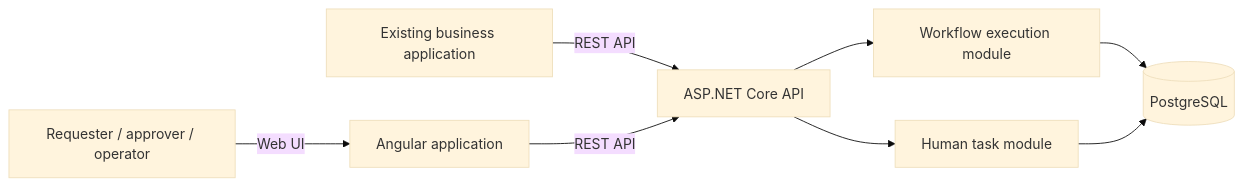
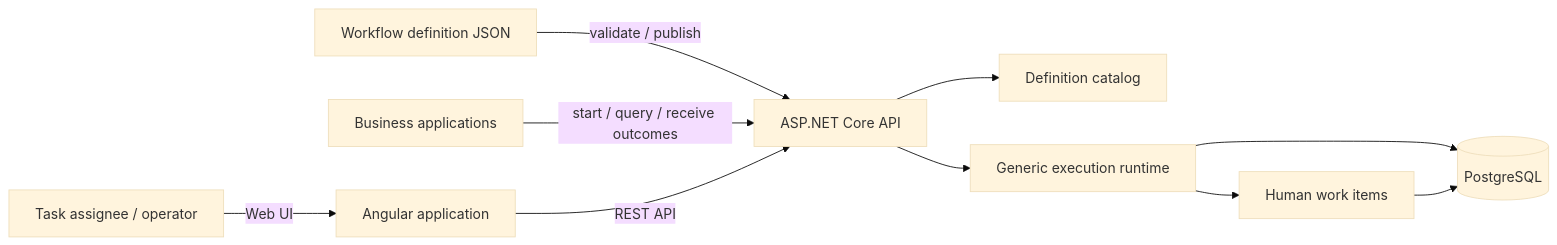
The diagram in docs/architecture/overview.md (mehrdadbahrainy/business-workflow-engine), drawn with Mermaid (base theme) before and after one commit. The commit also changed other lines of this file and 7 other files, not shown here.

Commit message:
docs(product): refocus MVP on generic workflow runtime

````diff
--- a/docs/architecture/overview.md
+++ b/docs/architecture/overview.md
@@ -11,10 +11,12 @@
 ```mermaid
 flowchart LR
-    Host[Existing business application] -->|REST API| Api[ASP.NET Core API]
-    Operator[Requester / approver / operator] -->|Web UI| Ui[Angular application]
+    Author[Workflow definition JSON] -->|validate / publish| Api[ASP.NET Core API]
+    Host[Business applications] -->|start / query / receive outcomes| Api
+    Operator[Task assignee / operator] -->|Web UI| Ui[Angular application]
     Ui -->|REST API| Api
-    Api --> Workflow[Workflow execution module]
-    Api --> Tasks[Human task module]
+    Api --> Definitions[Definition catalog]
+    Api --> Workflow[Generic execution runtime]
+    Workflow --> Tasks[Human work items]
     Workflow --> Store[(PostgreSQL)]
     Tasks --> Store
 ```
````
